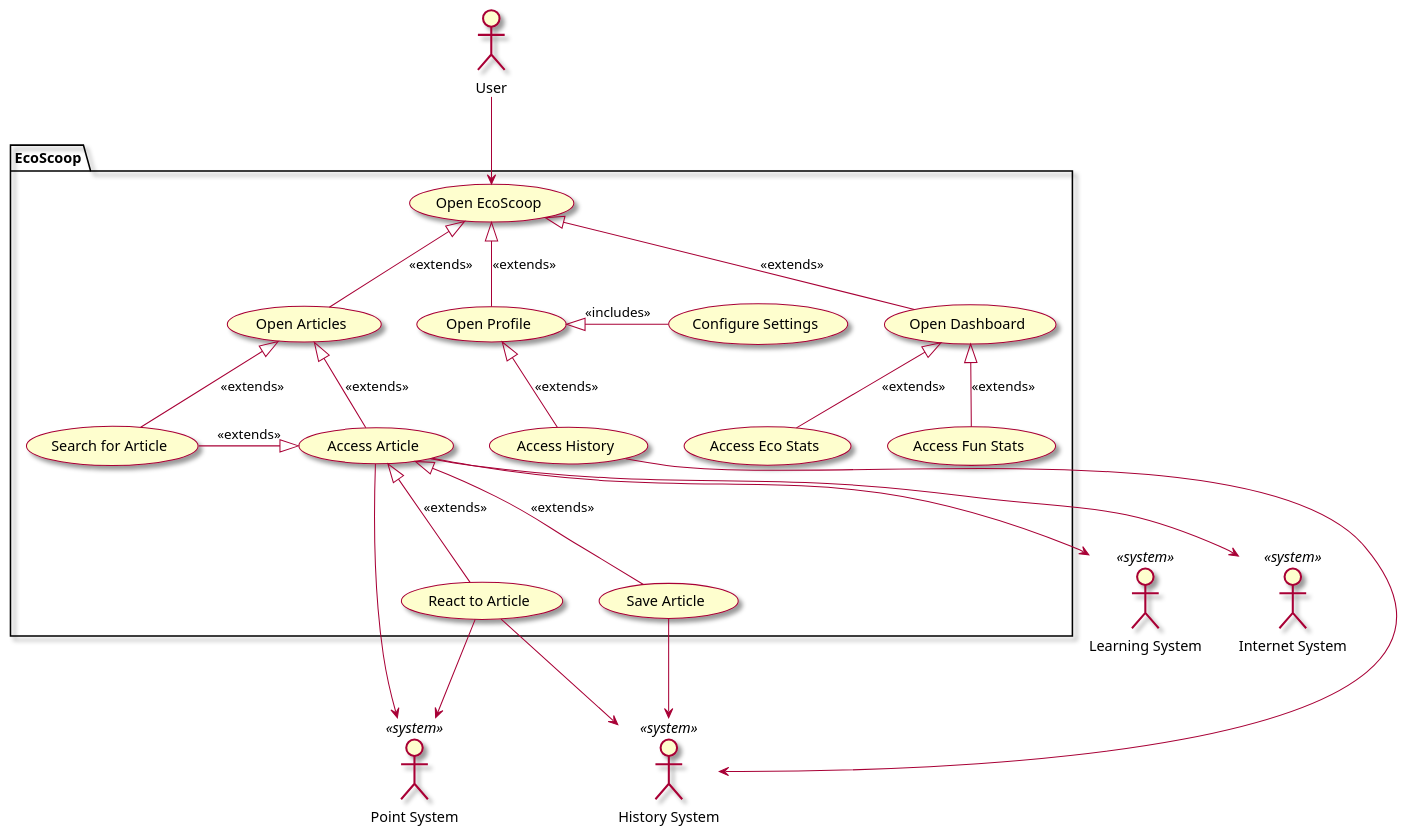
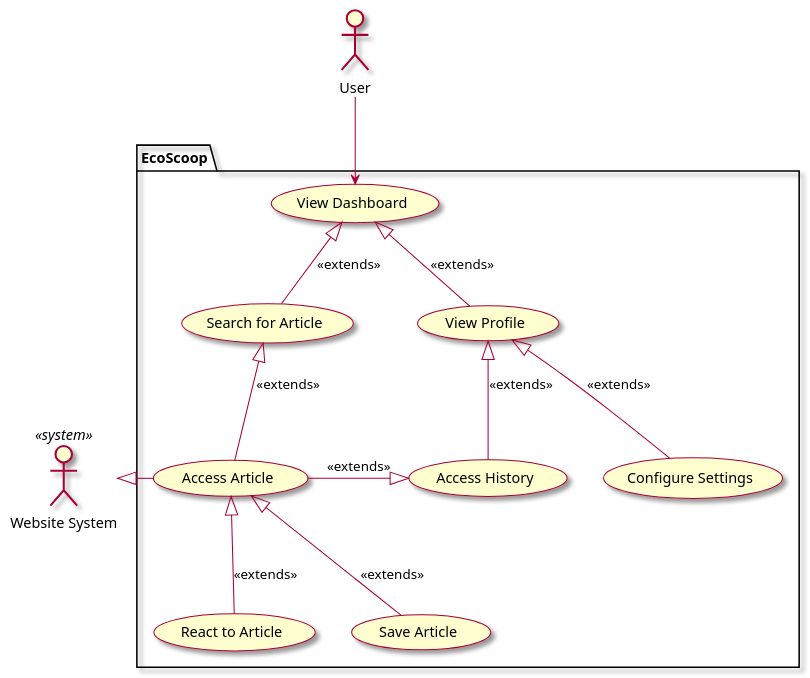
Before and after one commit to owhitleym-ui/EcoScoop: the diagram in intellij/doc/vision.md, drawn with PlantUML. The commit also changed 13 other files, not shown here.

````diff
--- a/intellij/doc/vision.md
+++ b/intellij/doc/vision.md
@@ -28,60 +28,45 @@
 ```plantuml
 @startuml
 skin rose
 
 'human actors
 actor "User" as user
 
 'system actors
-actor "Point System" <<system>> as pointSystem
-actor "History System" <<system>> as historySystem
-actor "Internet System" <<system>> as internetSystem
-actor "Learning System" <<system>> as learningSystem
+actor "Website System" <<system>> as internetSystem
 
 ' list all use cases in package
 package EcoScoop{
-    usecase "Open EcoScoop" as openEcoscoop
-    usecase "Open Articles" as openArticles
+ 
     usecase "Access Article" as accessArticle
     usecase "Search for Article" as searchArticle
     usecase "React to Article" as reactArticle
     usecase "Save Article" as saveArticle
-    usecase "Open Profile" as openProfile
+    usecase "View Profile" as viewProfile
     usecase "Configure Settings" as changeSettings
     usecase "Access History" as accessHistory
-    usecase "Open Dashboard" as openDashboard
-    usecase "Access Eco Stats" as accessEcoStats
-    usecase "Access Fun Stats" as accessFunStats
+    usecase "View Dashboard" as viewDashboard
 }
 
 'list associations
-user --> openEcoscoop
+user --> viewDashboard
 
-openEcoscoop <|-down- openArticles : <<extends>>
-openEcoscoop <|-down- openProfile : <<extends>>
-openEcoscoop <|-down- openDashboard : <<extends>>
+viewDashboard <|-down- searchArticle : <<extends>>
+viewDashboard <|-down- viewProfile : <<extends>>
 
-openArticles <|-down- accessArticle : <<extends>>
-openArticles <|-down- searchArticle : <<extends>>
 
-accessArticle <|-right- searchArticle : <<extends>>
+searchArticle <|-down- accessArticle : <<extends>>
+
+
 accessArticle <|-down- reactArticle : <<extends>>
 accessArticle <|-down- saveArticle : <<extends>>
 
-accessArticle --> pointSystem
-accessArticle --> internetSystem
-accessArticle --> learningSystem
-reactArticle --> pointSystem
-reactArticle --> historySystem
-saveArticle --> historySystem
+internetSystem <|-right- accessArticle 
 
-openProfile <|-down- accessHistory : <<extends>>
-openProfile <|-right- changeSettings : <<includes>>
+viewProfile <|-down- accessHistory : <<extends>>
+accessHistory <|-left- accessArticle : <<extends>>
+viewProfile <|-- changeSettings : <<extends>>
 
-accessHistory --> historySystem 
-
-openDashboard <|-down- accessEcoStats : <<extends>>
-openDashboard <|-down- accessFunStats : <<extends>>
 
 @enduml
 ```
````
